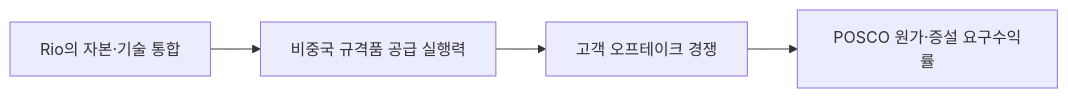
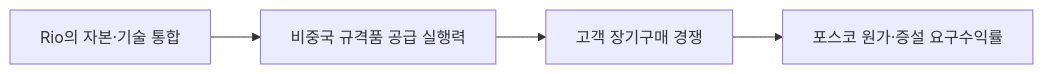
One commit to arik1988/posco-market-sensing-wiki changed the diagram in market-sensing-wiki/signals/SIG-557B19547C16.md. Above: the diagram before and after it, drawn with Mermaid. The commit also changed other lines of this file and 143 other files, not shown here.

````diff
--- a/market-sensing-wiki/signals/SIG-557B19547C16.md
+++ b/market-sensing-wiki/signals/SIG-557B19547C16.md
@@ -47,6 +49,6 @@
 ```mermaid
 flowchart LR
  A[Rio의 자본·기술 통합] --> B[비중국 규격품 공급 실행력]
- B --> C[고객 오프테이크 경쟁]
- C --> D[POSCO 원가·증설 요구수익률]
+ B --> C[고객 장기구매 경쟁]
+ C --> D[포스코 원가·증설 요구수익률]
 ```
````
